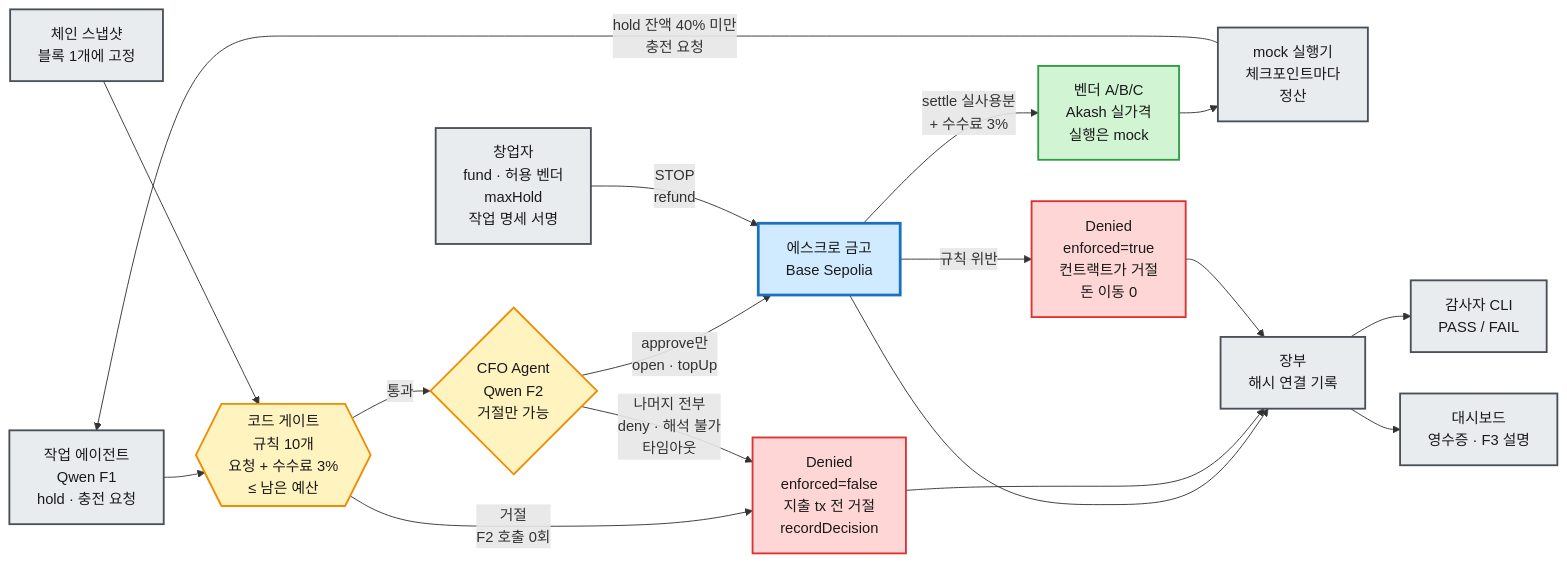
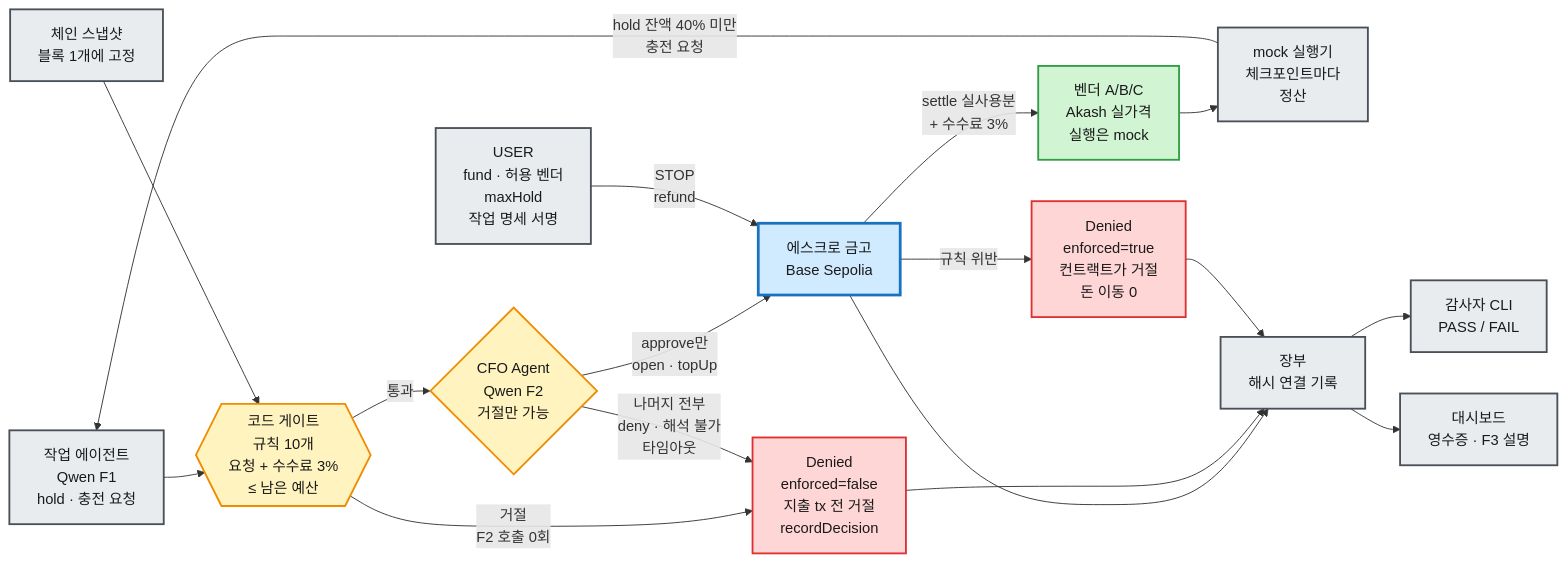
The diagram in diagrams/cfo-agent-escrow-topup-lr.mmd (Rehgud/GWDC2026), drawn with Mermaid before and after one commit. The commit also changed 13 other files, not shown here.

```diff
--- a/diagrams/cfo-agent-escrow-topup-lr.mmd
+++ b/diagrams/cfo-agent-escrow-topup-lr.mmd
@@ -1,29 +1,29 @@
 %%{init: {"flowchart": {"nodeSpacing": 45, "rankSpacing": 35}}}%%
 graph LR
     W["작업 에이전트<br/>Qwen F1<br/>hold · 충전 요청"] --> G{{"코드 게이트<br/>규칙 10개<br/>요청 + 수수료 3%<br/>≤ 남은 예산"}}
     G -->|"통과"| C{"CFO Agent<br/>Qwen F2<br/>거절만 가능"}
     G -->|"거절<br/>F2 호출 0회"| D["Denied<br/>enforced=false<br/>지출 tx 전 거절<br/>recordDecision"]
     C -->|"approve만<br/>open · topUp"| V["에스크로 금고<br/>Base Sepolia"]
     C -->|"나머지 전부<br/>deny · 해석 불가<br/>타임아웃"| D
     V -->|"규칙 위반"| DC["Denied<br/>enforced=true<br/>컨트랙트가 거절<br/>돈 이동 0"]
     V -->|"settle 실사용분<br/>+ 수수료 3%"| P["벤더 A/B/C<br/>Akash 실가격<br/>실행은 mock"]
     P --> X["mock 실행기<br/>체크포인트마다<br/>정산"]
     X -->|"hold 잔액 40% 미만<br/>충전 요청"| W
     V --> L["장부<br/>해시 연결 기록"]
     D --> L
     DC --> L
     L --> A["감사자 CLI<br/>PASS / FAIL"]
     L --> U["대시보드<br/>영수증 · F3 설명"]
-    F["창업자<br/>fund · 허용 벤더<br/>maxHold<br/>작업 명세 서명"] -->|"STOP<br/>refund"| V
+    F["USER<br/>fund · 허용 벤더<br/>maxHold<br/>작업 명세 서명"] -->|"STOP<br/>refund"| V
     S["체인 스냅샷<br/>블록 1개에 고정"] --> G
 
     classDef approved fill:#d1f5d3,stroke:#2f9e44,stroke-width:2px,color:#1a1a1a;
     classDef blocked fill:#ffd6d6,stroke:#e03131,stroke-width:2px,color:#1a1a1a;
     classDef neutral fill:#e9ecef,stroke:#495057,stroke-width:2px,color:#1a1a1a;
     classDef decision fill:#fff3bf,stroke:#f08c00,stroke-width:2px,color:#1a1a1a;
     classDef vault fill:#d0ebff,stroke:#1971c2,stroke-width:3px,color:#1a1a1a;
     class P approved;
     class D,DC blocked;
     class G,C decision;
     class V vault;
     class F,W,S,X,L,A,U neutral;
```
